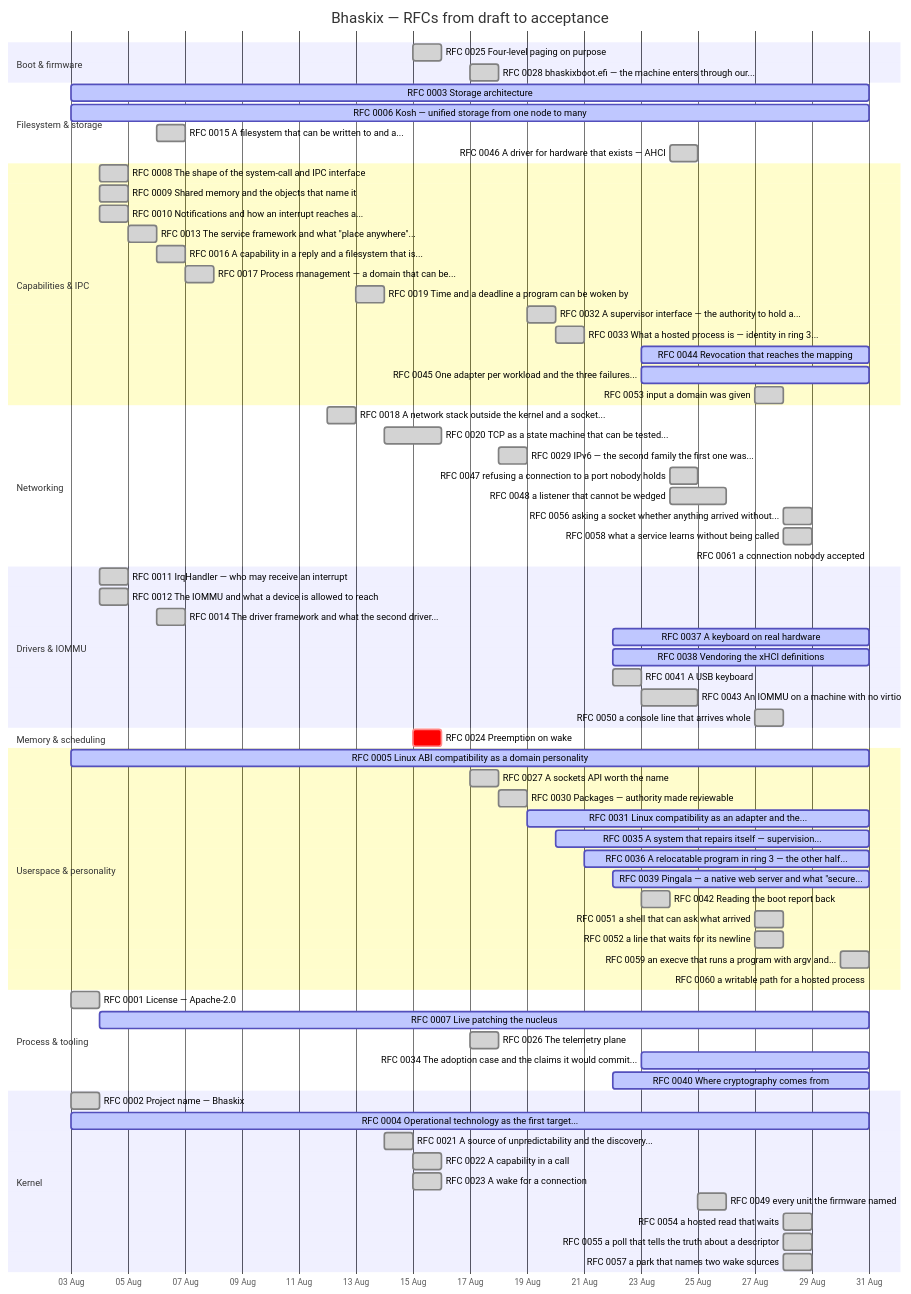
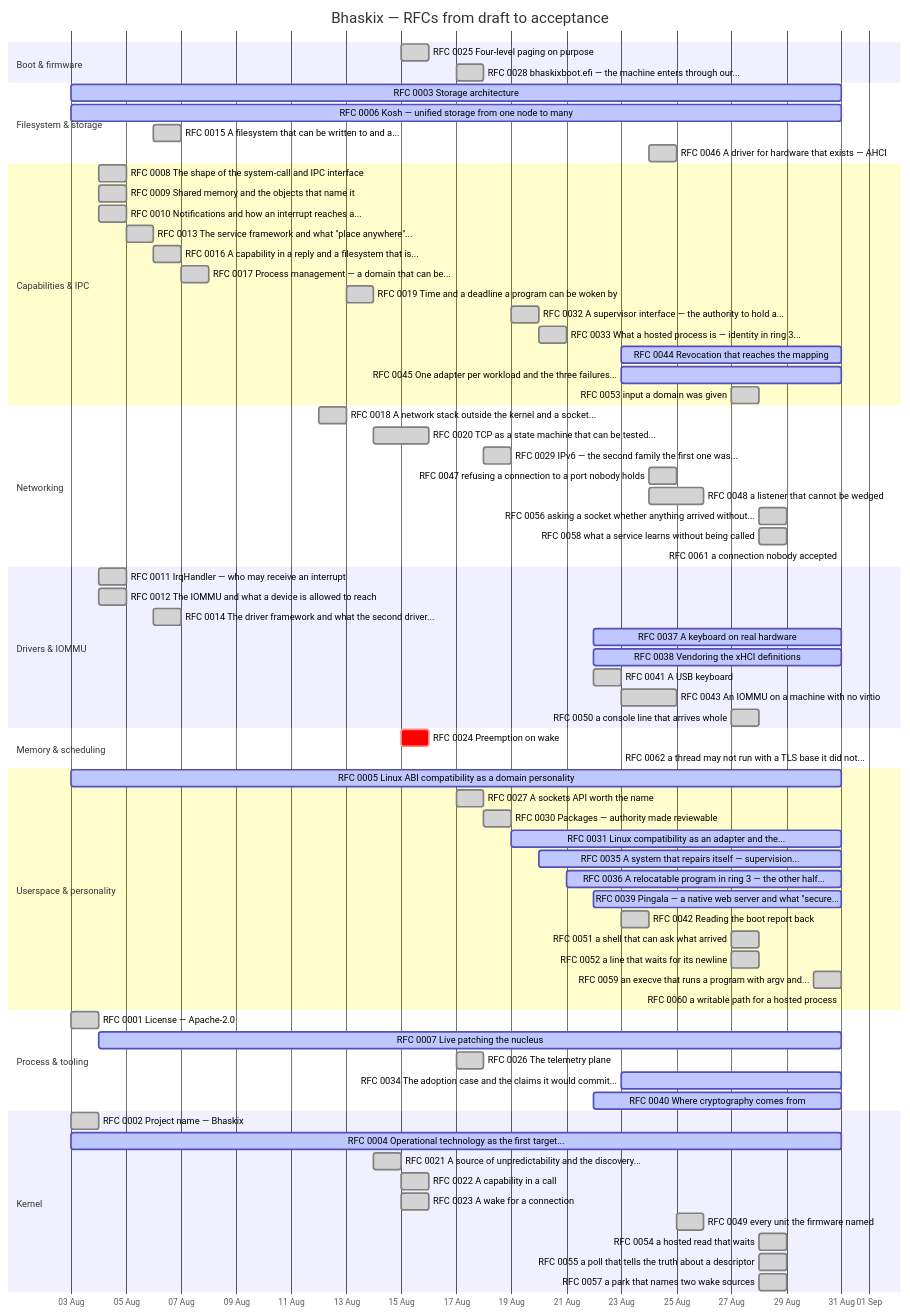
Before and after one commit to bhaskix/bhaskix: the diagram in docs/progress.md, drawn with Mermaid. The commit also changed other lines of this file and 6 other files, not shown here.

First line of the commit message:
sched: a thread may not run with a TLS base it did not set -- RFC 0062

````diff
--- a/docs/progress.md
+++ b/docs/progress.md
@@ -24,77 +24,78 @@
 ```mermaid
 gantt
     title Bhaskix — RFCs from draft to acceptance
     dateFormat YYYY-MM-DD
     axisFormat %d %b
     todayMarker off
     section Boot & firmware
     RFC 0025 Four-level paging on purpose :done, r0025, 2026-08-15, 2026-08-16
     RFC 0028 bhaskixboot.efi — the machine enters through our... :done, r0028, 2026-08-17, 2026-08-18
     section Filesystem & storage
     RFC 0003 Storage architecture :active, r0003, 2026-08-03, 2026-08-31
     RFC 0006 Kosh — unified storage from one node to many :active, r0006, 2026-08-03, 2026-08-31
     RFC 0015 A filesystem that can be written to and a... :done, r0015, 2026-08-06, 1d
     RFC 0046 A driver for hardware that exists — AHCI :done, r0046, 2026-08-24, 1d
     section Capabilities & IPC
     RFC 0008 The shape of the system-call and IPC interface :done, r0008, 2026-08-04, 1d
     RFC 0009 Shared memory and the objects that name it :done, r0009, 2026-08-04, 1d
     RFC 0010 Notifications and how an interrupt reaches a... :done, r0010, 2026-08-04, 1d
     RFC 0013 The service framework and what "place anywhere"... :done, r0013, 2026-08-05, 1d
     RFC 0016 A capability in a reply and a filesystem that is... :done, r0016, 2026-08-06, 2026-08-07
     RFC 0017 Process management — a domain that can be... :done, r0017, 2026-08-07, 1d
     RFC 0019 Time and a deadline a program can be woken by :done, r0019, 2026-08-13, 2026-08-14
     RFC 0032 A supervisor interface — the authority to hold a... :done, r0032, 2026-08-19, 2026-08-20
     RFC 0033 What a hosted process is — identity in ring 3... :done, r0033, 2026-08-20, 1d
     RFC 0044 Revocation that reaches the mapping :active, r0044, 2026-08-23, 2026-08-31
     RFC 0045 One adapter per workload and the three failures... :active, r0045, 2026-08-23, 2026-08-31
     RFC 0053 input a domain was given :done, r0053, 2026-08-27, 1d
     section Networking
     RFC 0018 A network stack outside the kernel and a socket... :done, r0018, 2026-08-12, 2026-08-13
     RFC 0020 TCP as a state machine that can be tested... :done, r0020, 2026-08-14, 2026-08-16
     RFC 0029 IPv6 — the second family the first one was... :done, r0029, 2026-08-18, 1d
     RFC 0047 refusing a connection to a port nobody holds :done, r0047, 2026-08-24, 1d
     RFC 0048 a listener that cannot be wedged :done, r0048, 2026-08-24, 2026-08-26
     RFC 0056 asking a socket whether anything arrived without... :done, r0056, 2026-08-28, 1d
     RFC 0058 what a service learns without being called :done, r0058, 2026-08-28, 1d
     RFC 0061 a connection nobody accepted :active, r0061, 2026-08-31, 2026-08-31
     section Drivers & IOMMU
     RFC 0011 IrqHandler — who may receive an interrupt :done, r0011, 2026-08-04, 1d
     RFC 0012 The IOMMU and what a device is allowed to reach :done, r0012, 2026-08-04, 1d
     RFC 0014 The driver framework and what the second driver... :done, r0014, 2026-08-06, 1d
     RFC 0037 A keyboard on real hardware :active, r0037, 2026-08-22, 2026-08-31
     RFC 0038 Vendoring the xHCI definitions :active, r0038, 2026-08-22, 2026-08-31
     RFC 0041 A USB keyboard :done, r0041, 2026-08-22, 2026-08-23
     RFC 0043 An IOMMU on a machine with no virtio :done, r0043, 2026-08-23, 2026-08-25
     RFC 0050 a console line that arrives whole :done, r0050, 2026-08-27, 1d
     section Memory & scheduling
     RFC 0024 Preemption on wake :crit, r0024, 2026-08-15, 1d
+    RFC 0062 a thread may not run with a TLS base it did not... :active, r0062, 2026-09-01, 2026-09-01
     section Userspace & personality
     RFC 0005 Linux ABI compatibility as a domain personality :active, r0005, 2026-08-03, 2026-08-31
     RFC 0027 A sockets API worth the name :done, r0027, 2026-08-17, 1d
     RFC 0030 Packages — authority made reviewable :done, r0030, 2026-08-18, 2026-08-19
     RFC 0031 Linux compatibility as an adapter and the... :active, r0031, 2026-08-19, 2026-08-31
     RFC 0035 A system that repairs itself — supervision... :active, r0035, 2026-08-20, 2026-08-31
     RFC 0036 A relocatable program in ring 3 — the other half... :active, r0036, 2026-08-21, 2026-08-31
     RFC 0039 Pingala — a native web server and what "secure... :active, r0039, 2026-08-22, 2026-08-31
     RFC 0042 Reading the boot report back :done, r0042, 2026-08-23, 1d
     RFC 0051 a shell that can ask what arrived :done, r0051, 2026-08-27, 1d
     RFC 0052 a line that waits for its newline :done, r0052, 2026-08-27, 1d
     RFC 0059 an execve that runs a program with argv and... :done, r0059, 2026-08-30, 1d
     RFC 0060 a writable path for a hosted process :active, r0060, 2026-08-31, 2026-08-31
     section Process & tooling
     RFC 0001 License — Apache-2.0 :done, r0001, 2026-08-03, 1d
     RFC 0007 Live patching the nucleus :active, r0007, 2026-08-04, 2026-08-31
     RFC 0026 The telemetry plane :done, r0026, 2026-08-17, 1d
     RFC 0034 The adoption case and the claims it would commit... :active, r0034, 2026-08-23, 2026-08-31
     RFC 0040 Where cryptography comes from :active, r0040, 2026-08-22, 2026-08-31
     section Kernel
     RFC 0002 Project name — Bhaskix :done, r0002, 2026-08-03, 1d
     RFC 0004 Operational technology as the first target... :active, r0004, 2026-08-03, 2026-08-31
     RFC 0021 A source of unpredictability and the discovery... :done, r0021, 2026-08-14, 1d
     RFC 0022 A capability in a call :done, r0022, 2026-08-15, 2026-08-16
     RFC 0023 A wake for a connection :done, r0023, 2026-08-15, 2026-08-16
     RFC 0049 every unit the firmware named :done, r0049, 2026-08-25, 1d
     RFC 0054 a hosted read that waits :done, r0054, 2026-08-28, 1d
     RFC 0055 a poll that tells the truth about a descriptor :done, r0055, 2026-08-28, 1d
     RFC 0057 a park that names two wake sources :done, r0057, 2026-08-28, 1d
 ```
````
